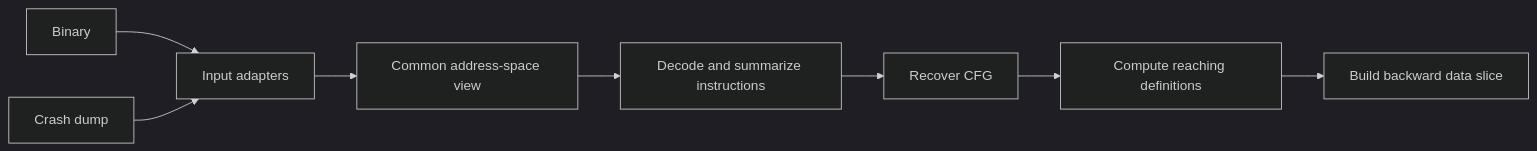
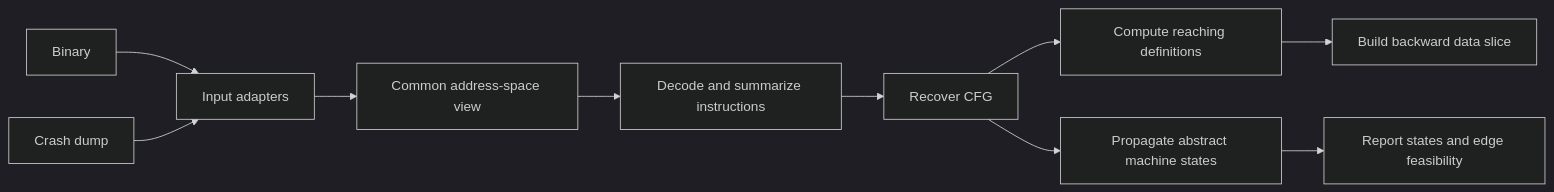
Before and after one commit to NzSN/Ariadne: the first of 2 diagrams in README.md, drawn with Mermaid (dark theme). The commit also changed other lines of this file and 14 other files, not shown here.

````diff
--- a/README.md
+++ b/README.md
@@ -24,10 +27,12 @@
 ```mermaid
 flowchart LR
     Binary[Binary] --> Input[Input adapters]
     Dump[Crash dump] --> Input
     Input --> View[Common address-space view]
     View --> Decode[Decode and summarize instructions]
     Decode --> CFG[Recover CFG]
     CFG --> Dataflow[Compute reaching definitions]
+    CFG --> Stateflow[Propagate abstract machine states]
     Dataflow --> Slice[Build backward data slice]
+    Stateflow --> StateResults[Report states and edge feasibility]
 ```
````
